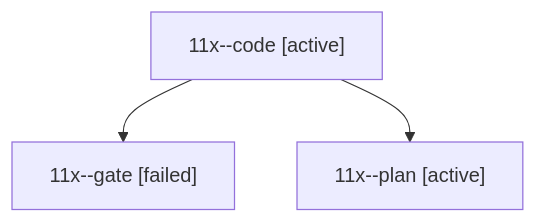
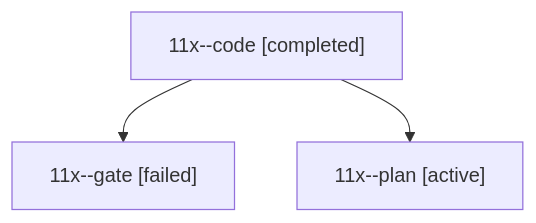
Before and after one commit to bobs-org/bob-cli--agents: the diagram in sessions/bbugyi200.athena.11x.md, drawn with Mermaid. The commit also changed other lines of this file and 17 other files, not shown here.

````diff
--- a/sessions/bbugyi200.athena.11x.md
+++ b/sessions/bbugyi200.athena.11x.md
@@ -9,8 +9,8 @@
 ```mermaid
 flowchart TD
-  n0["11x--code [active]"]
+  n0["11x--code [completed]"]
   n1["11x--gate [failed]"]
   n0 --> n1
   n2["11x--plan [active]"]
   n0 --> n2
 ```
````
